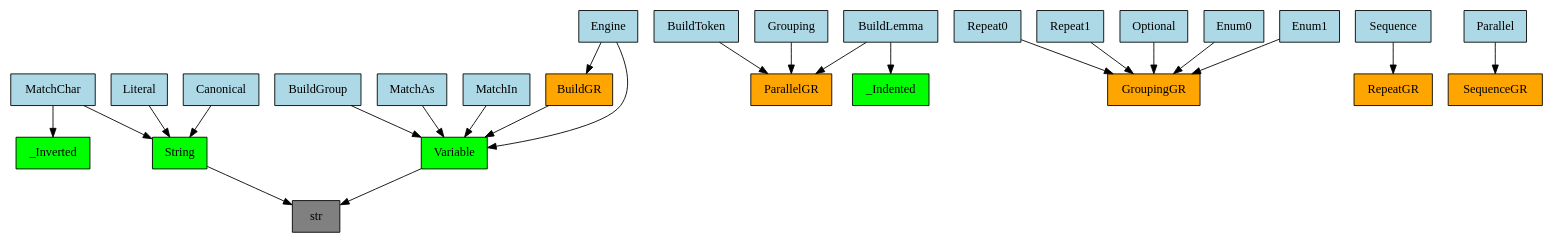
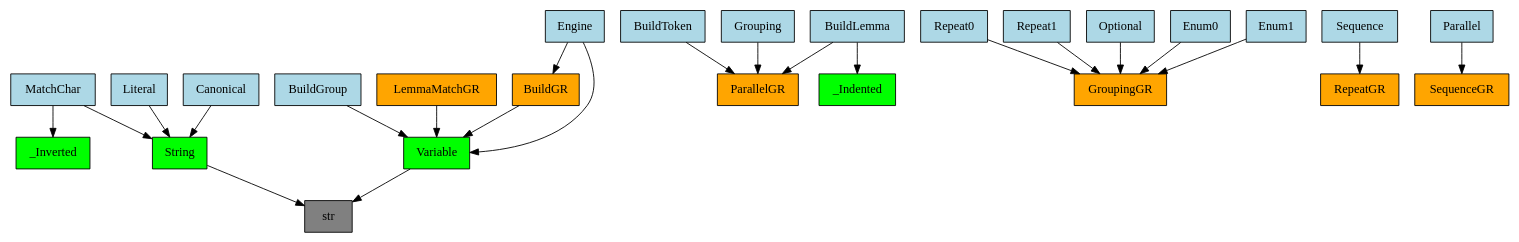
One commit to GabrielAmare/Language changed the diagram in language/base/bnf/v0_0_1/core/use_graph.gv. Above: the diagram before and after it, drawn with Graphviz. The commit also changed 5 other files, not shown here.

Commit message:
bnf 0.0.1 -> created a LemmaMatchGR for MatchAs and MatchIn

```diff
--- a/language/base/bnf/v0_0_1/core/use_graph.gv
+++ b/language/base/bnf/v0_0_1/core/use_graph.gv
@@ -1,52 +1,50 @@
 digraph {
 	0 [label=BuildGR fillcolor=orange shape=rect style=filled]
 	1 [label=Variable fillcolor=lime shape=rect style=filled]
 	2 [label=BuildToken fillcolor=lightblue shape=rect style=filled]
 	3 [label=ParallelGR fillcolor=orange shape=rect style=filled]
 	4 [label=BuildLemma fillcolor=lightblue shape=rect style=filled]
 	5 [label=_Indented fillcolor=lime shape=rect style=filled]
 	6 [label=BuildGroup fillcolor=lightblue shape=rect style=filled]
-	7 [label=MatchChar fillcolor=lightblue shape=rect style=filled]
-	8 [label=_Inverted fillcolor=lime shape=rect style=filled]
-	9 [label=String fillcolor=lime shape=rect style=filled]
-	10 [label=MatchAs fillcolor=lightblue shape=rect style=filled]
-	11 [label=MatchIn fillcolor=lightblue shape=rect style=filled]
-	12 [label=Literal fillcolor=lightblue shape=rect style=filled]
-	13 [label=Canonical fillcolor=lightblue shape=rect style=filled]
-	14 [label=Grouping fillcolor=lightblue shape=rect style=filled]
-	15 [label=Repeat0 fillcolor=lightblue shape=rect style=filled]
-	16 [label=GroupingGR fillcolor=orange shape=rect style=filled]
-	17 [label=Repeat1 fillcolor=lightblue shape=rect style=filled]
-	18 [label=Optional fillcolor=lightblue shape=rect style=filled]
-	19 [label=Enum0 fillcolor=lightblue shape=rect style=filled]
-	20 [label=Enum1 fillcolor=lightblue shape=rect style=filled]
-	21 [label=Sequence fillcolor=lightblue shape=rect style=filled]
-	22 [label=RepeatGR fillcolor=orange shape=rect style=filled]
-	23 [label=Parallel fillcolor=lightblue shape=rect style=filled]
-	24 [label=SequenceGR fillcolor=orange shape=rect style=filled]
-	25 [label=Engine fillcolor=lightblue shape=rect style=filled]
-	26 [label=str fillcolor=gray shape=rect style=filled]
+	7 [label=LemmaMatchGR fillcolor=orange shape=rect style=filled]
+	8 [label=MatchChar fillcolor=lightblue shape=rect style=filled]
+	9 [label=_Inverted fillcolor=lime shape=rect style=filled]
+	10 [label=String fillcolor=lime shape=rect style=filled]
+	11 [label=Literal fillcolor=lightblue shape=rect style=filled]
+	12 [label=Canonical fillcolor=lightblue shape=rect style=filled]
+	13 [label=Grouping fillcolor=lightblue shape=rect style=filled]
+	14 [label=Repeat0 fillcolor=lightblue shape=rect style=filled]
+	15 [label=GroupingGR fillcolor=orange shape=rect style=filled]
+	16 [label=Repeat1 fillcolor=lightblue shape=rect style=filled]
+	17 [label=Optional fillcolor=lightblue shape=rect style=filled]
+	18 [label=Enum0 fillcolor=lightblue shape=rect style=filled]
+	19 [label=Enum1 fillcolor=lightblue shape=rect style=filled]
+	20 [label=Sequence fillcolor=lightblue shape=rect style=filled]
+	21 [label=RepeatGR fillcolor=orange shape=rect style=filled]
+	22 [label=Parallel fillcolor=lightblue shape=rect style=filled]
+	23 [label=SequenceGR fillcolor=orange shape=rect style=filled]
+	24 [label=Engine fillcolor=lightblue shape=rect style=filled]
+	25 [label=str fillcolor=gray shape=rect style=filled]
 	0 -> 1
 	2 -> 3
 	4 -> 5
 	4 -> 3
 	6 -> 1
-	7 -> 8
-	7 -> 9
-	10 -> 1
-	11 -> 1
-	12 -> 9
-	13 -> 9
-	14 -> 3
-	15 -> 16
-	17 -> 16
-	18 -> 16
-	19 -> 16
-	20 -> 16
-	21 -> 22
-	23 -> 24
-	25 -> 0
-	25 -> 1
-	1 -> 26
-	9 -> 26
+	7 -> 1
+	8 -> 9
+	8 -> 10
+	11 -> 10
+	12 -> 10
+	13 -> 3
+	14 -> 15
+	16 -> 15
+	17 -> 15
+	18 -> 15
+	19 -> 15
+	20 -> 21
+	22 -> 23
+	24 -> 0
+	24 -> 1
+	1 -> 25
+	10 -> 25
 }
```
